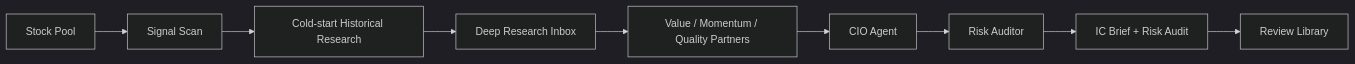
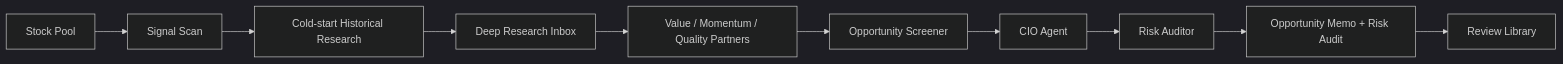
The diagram in README.md (amanayayatu-tech/ksana), drawn with Mermaid (dark theme) before and after one commit. The commit also changed other lines of this file and 26 other files, not shown here.

Commit message:
Implement opportunity memo workflow

````diff
--- a/README.md
+++ b/README.md
@@ -29,11 +29,12 @@
 ```mermaid
 flowchart LR
     Pool["Stock Pool"] --> Scan["Signal Scan"]
     Scan --> ColdStart["Cold-start Historical Research"]
     ColdStart --> Inbox["Deep Research Inbox"]
     Inbox --> Agents["Value / Momentum / Quality Partners"]
-    Agents --> CIO["CIO Agent"]
+    Agents --> Screener["Opportunity Screener"]
+    Screener --> CIO["CIO Agent"]
     CIO --> Risk["Risk Auditor"]
-    Risk --> Reports["IC Brief + Risk Audit"]
+    Risk --> Reports["Opportunity Memo + Risk Audit"]
     Reports --> Review["Review Library"]
 ```
````
